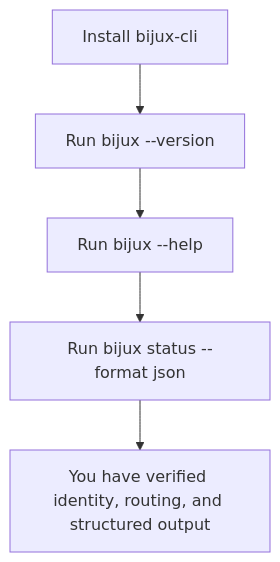
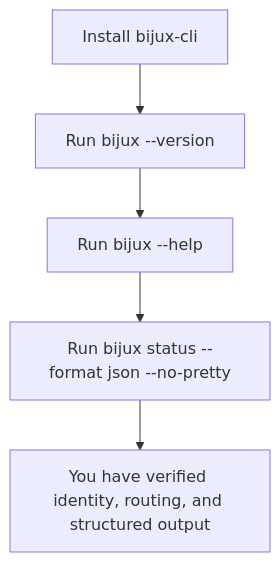
Before and after one commit to bijux/bijux-cli: the second of 2 diagrams in docs/01-introduction/first-run.md, drawn with Mermaid. The commit also changed other lines of this file and 3 other files, not shown here.

````diff
--- a/docs/01-introduction/first-run.md
+++ b/docs/01-introduction/first-run.md
@@ -20,7 +20,7 @@
 ```mermaid
 flowchart TD
     A[Install bijux-cli] --> B[Run bijux --version]
     B --> C[Run bijux --help]
-    C --> D[Run bijux status --format json]
+    C --> D[Run bijux status --format json --no-pretty]
     D --> E[You have verified identity, routing, and structured output]
 ```
````
